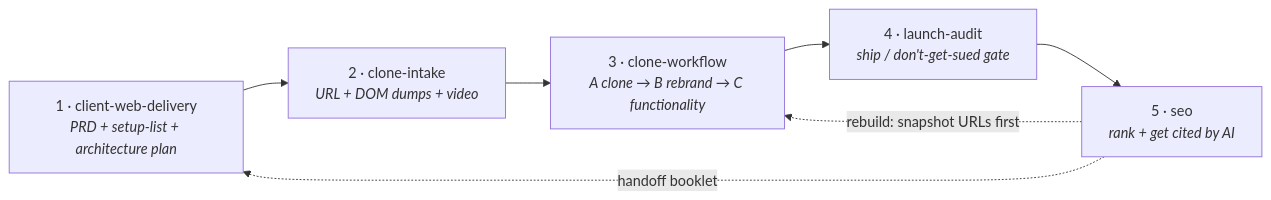
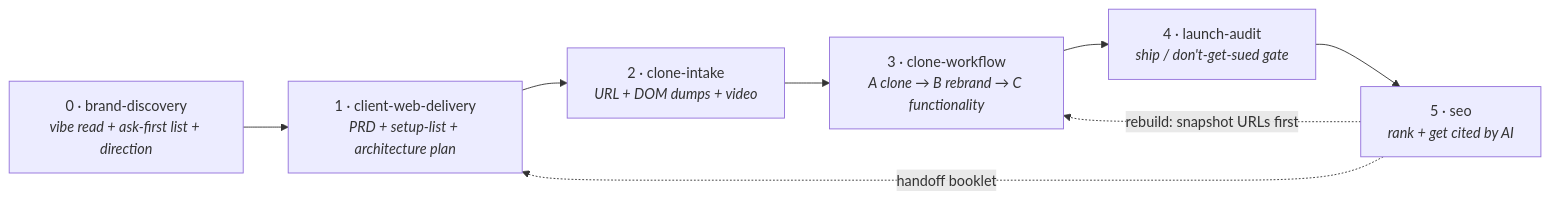
The diagram in README.md (MilkDeLeche/client-site-pipeline), drawn with Mermaid before and after one commit. The commit also changed other lines of this file and 11 other files, not shown here.

First line of the commit message:
Add step 0, brand discovery: ask how the owner wants to come across before the template is settled (v1.7.0).

````diff
--- a/README.md
+++ b/README.md
@@ -45,9 +49,10 @@
 ```mermaid
 flowchart LR
+    Z["0 · brand-discovery<br/><i>vibe read + ask-first list + direction</i>"] --> A
     A["1 · client-web-delivery<br/><i>PRD + setup-list + architecture plan</i>"] --> B["2 · clone-intake<br/><i>URL + DOM dumps + video</i>"]
     B --> C["3 · clone-workflow<br/><i>A clone → B rebrand → C functionality</i>"]
     C --> D["4 · launch-audit<br/><i>ship / don't-get-sued gate</i>"]
     D --> E["5 · seo<br/><i>rank + get cited by AI</i>"]
     E -.->|handoff booklet| A
     E -.->|rebuild: snapshot URLs first| C
 ```
````
